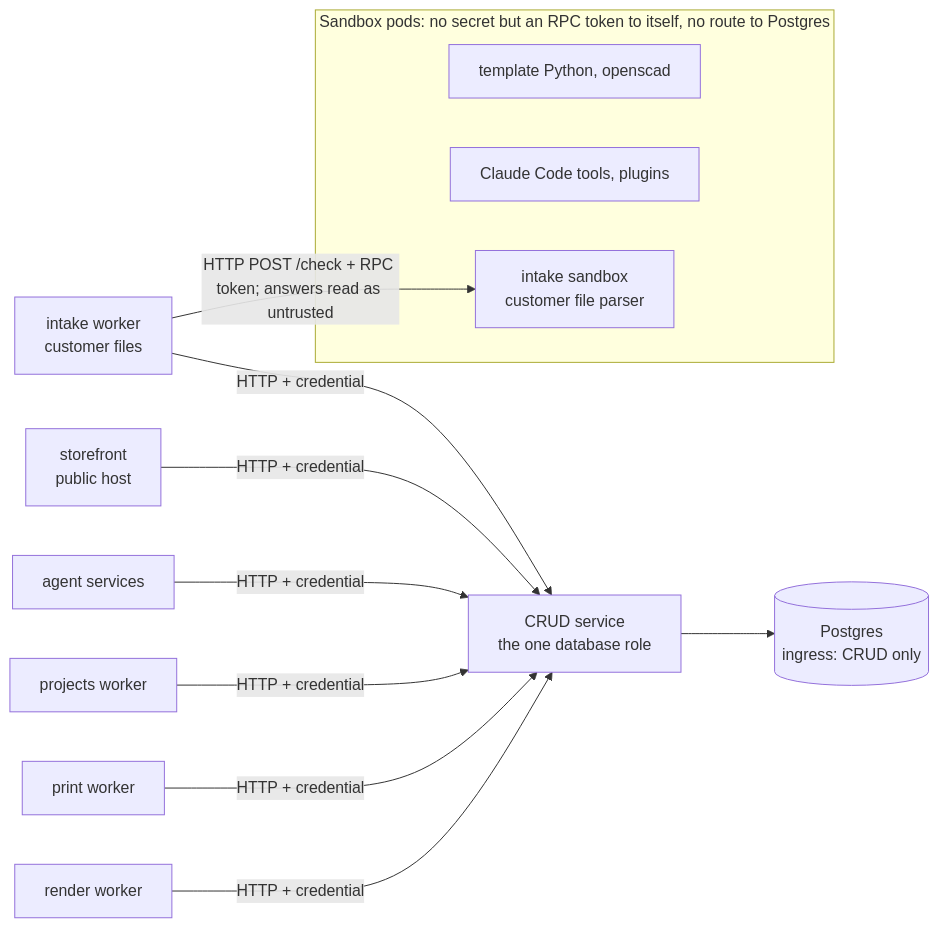
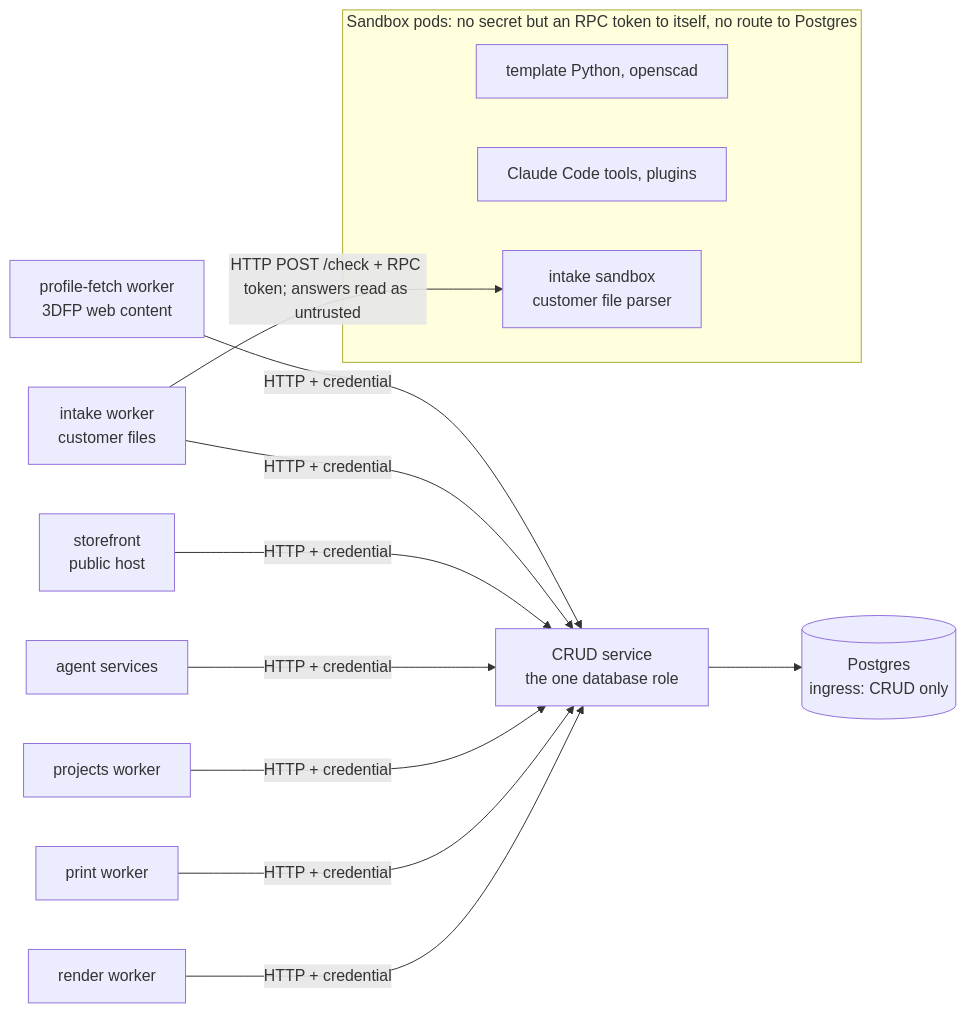
One commit to eh-homelab/ScadBuddy changed the second of 2 diagrams in docs/security/trust-boundaries.md. Above: the diagram before and after it, drawn with Mermaid. The commit also changed other lines of this file and 8 other files, not shown here.

First line of the commit message:
docs(filament): the profile-fetch worker as built (#6625)

````diff
--- a/docs/security/trust-boundaries.md
+++ b/docs/security/trust-boundaries.md
@@ -193,16 +193,17 @@
 ```mermaid
 flowchart LR
   subgraph untrusted[Sandbox pods: no secret but an RPC token to itself, no route to Postgres]
     T[template Python, openscad]
     C[Claude Code tools, plugins]
     X[intake sandbox<br/>customer file parser]
   end
   I -- HTTP POST /check + RPC token; answers read as untrusted --> X
   R[render worker] -- HTTP + credential --> CRUD
   P[print worker] -- HTTP + credential --> CRUD
   J[projects worker] -- HTTP + credential --> CRUD
   A[agent services] -- HTTP + credential --> CRUD
   S[storefront<br/>public host] -- HTTP + credential --> CRUD
   I[intake worker<br/>customer files] -- HTTP + credential --> CRUD
+  F[profile-fetch worker<br/>3DFP web content] -- HTTP + credential --> CRUD
   CRUD[CRUD service<br/>the one database role] --> DB[(Postgres<br/>ingress: CRUD only)]
 ```
````
